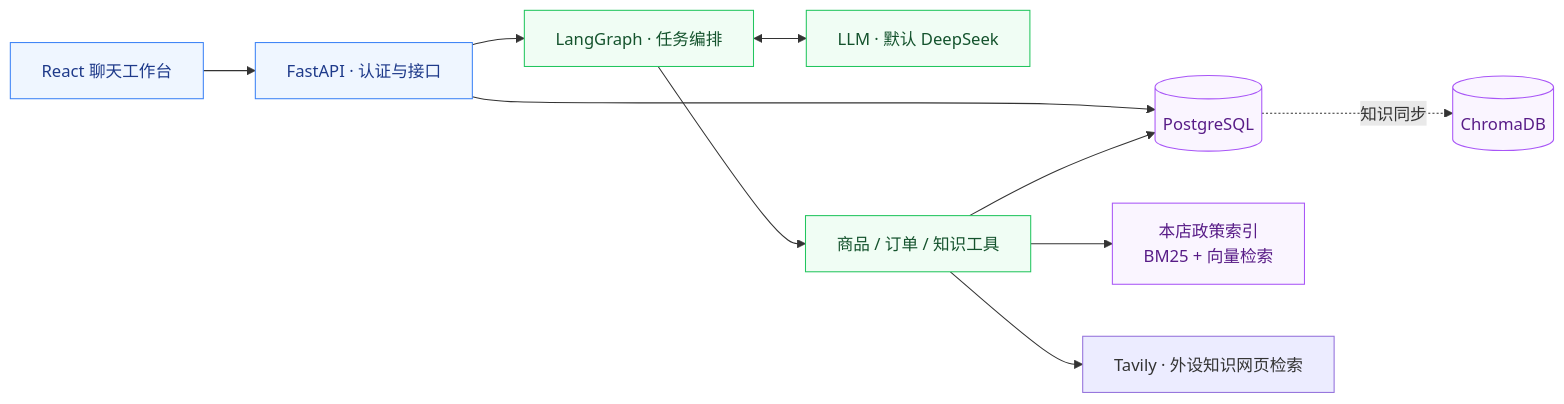
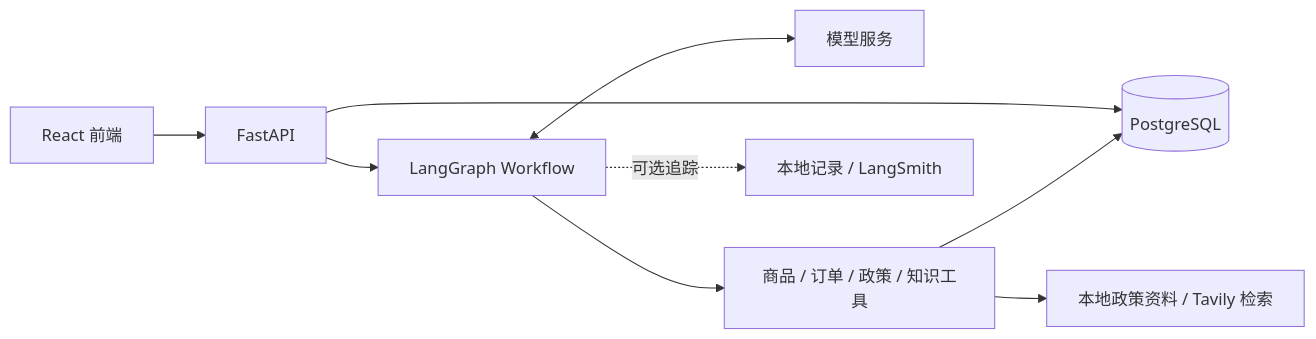
The diagram in README.md (Laleylaa/pc-ecommerce-agent), drawn with Mermaid before and after one commit. The commit also changed other lines of this file, not shown here.

````diff
--- a/README.md
+++ b/README.md
@@ -54,19 +28,11 @@
 ```mermaid
 flowchart LR
-    UI["React 聊天工作台"] --> API["FastAPI · 认证与接口"]
-    API --> Agent["LangGraph · 任务编排"]
-    Agent <--> LLM["LLM · 默认 DeepSeek"]
-    Agent --> Tools["商品 / 订单 / 知识工具"]
+    UI[React 前端] --> API[FastAPI]
+    API --> Agent[LangGraph Workflow]
+    Agent <--> LLM[模型服务]
+    Agent --> Tools[商品 / 订单 / 政策 / 知识工具]
     API --> DB[(PostgreSQL)]
     Tools --> DB
-    Tools --> Index["本店政策索引<br/>BM25 + 向量检索"]
-    Tools --> Web["Tavily · 外设知识网页检索"]
-    DB -. 知识同步 .-> Chroma[(ChromaDB)]
-
-    classDef entry fill:#eff6ff,stroke:#3b82f6,color:#1e3a8a
-    classDef agent fill:#f0fdf4,stroke:#22c55e,color:#14532d
-    classDef data fill:#faf5ff,stroke:#a855f7,color:#581c87
-    class UI,API entry
-    class Agent,LLM,Tools agent
-    class DB,Index,Chroma data
+    Tools --> Sources[本地政策资料 / Tavily 检索]
+    Agent -. 可选追踪 .-> Trace[本地记录 / LangSmith]
 ```
````
